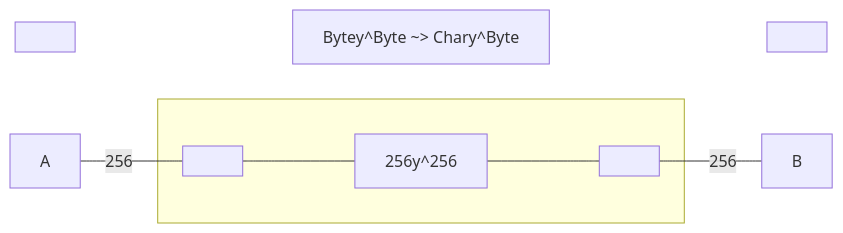
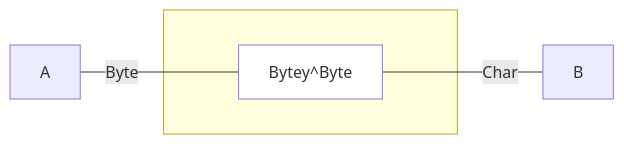
Before and after one commit to julianpeeters/polynomial: the third of 3 diagrams in README.md, drawn with Mermaid. The commit also changed other lines of this file and 1 other file, not shown here.

Commit message:
Update README for github mermaid rendering

````diff
--- a/README.md
+++ b/README.md
@@ -128,13 +129,14 @@
 ```mermaid
 graph LR;
-  TitleStart[ ]:::hidden~~~~TitleBody[Bytey^Byte ~> Chary^Byte]:::title~~~~TitleEnd[ ]:::hidden
-  A:::hidden---|256|A2[ ]:::point
+  A:::hidden---|Byte|A2[ ]:::point
 subgraph s[ ]
   A2:::point---MermaidPMono
-  MermaidPMono[256y^256]:::empty
+  MermaidPMono[Bytey^Byte]:::empty
   MermaidPMono---B2
 end
-B2[ ]:::point---|256|B:::hidden;
+B2[ ]:::point---|Char|B:::hidden;
 
-
+classDef empty fill:background;
+classDef point width:0px, height:0px;
+classDef title stroke-width:0px, fill:background;
 ```
````
